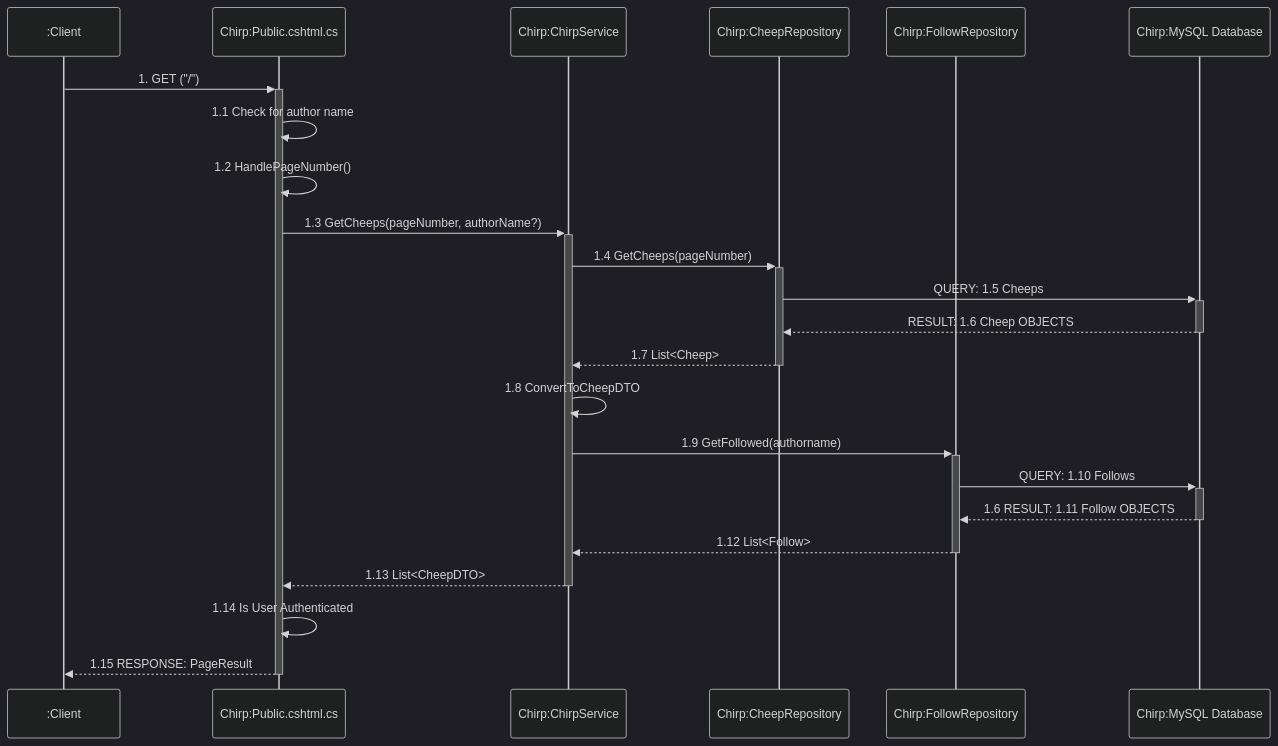
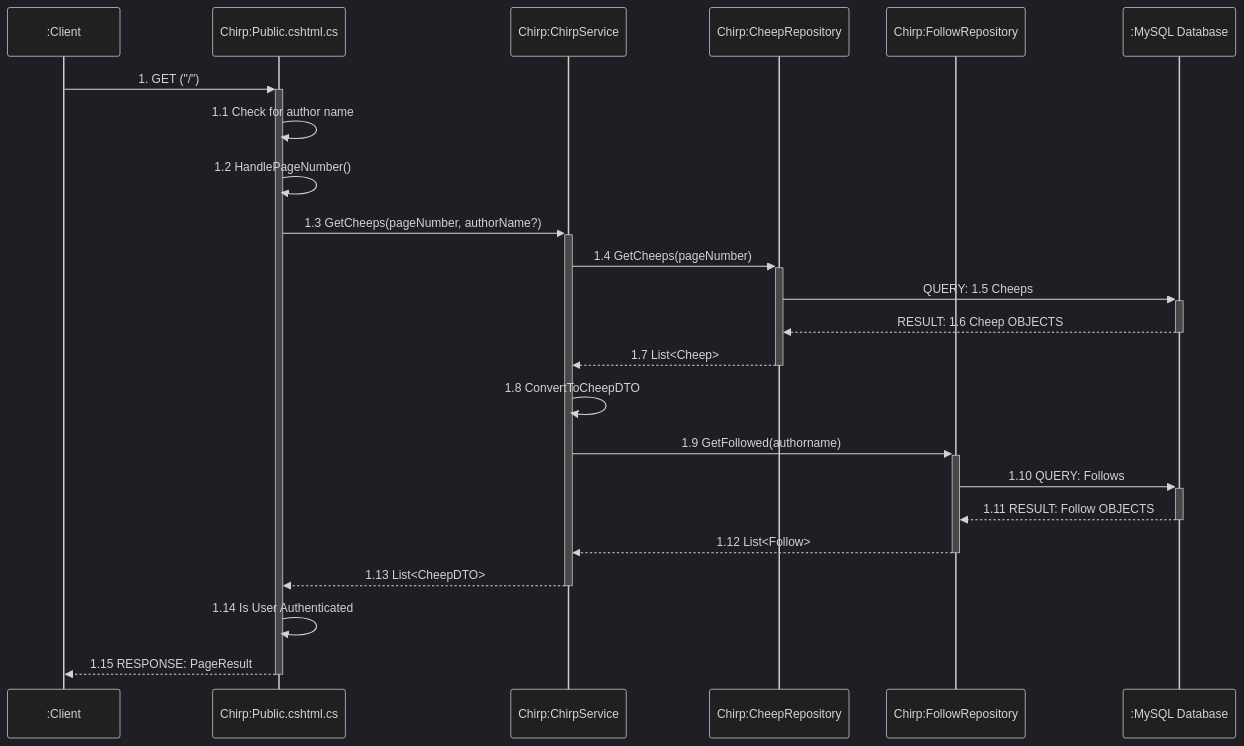
One commit to ITU-BDSA2024-GROUP15/Chirp changed the first of 2 diagrams in docs/report.md. Above: the diagram before and after it, drawn with Mermaid (dark theme).

Commit message:
Updated sequence diagram

`````diff
--- a/docs/report.md
+++ b/docs/report.md
@@ -26,28 +26,29 @@
 ````mermaid
 sequenceDiagram
   participant Client as :Client
   participant Chirp as Chirp:Public.cshtml.cs
   participant ChirpService as Chirp:ChirpService
   participant cheepRepo as Chirp:CheepRepository
   participant followRepo as Chirp:FollowRepository
-  participant db as Chirp:MySQL Database
+  participant db as :MySQL Database
 
 
 
   Client ->>+ Chirp: 1. GET ("/")
   Chirp ->> Chirp: 1.1 Check for author name
   Chirp ->> Chirp: 1.2 HandlePageNumber()
   Chirp ->>+ ChirpService: 1.3 GetCheeps(pageNumber, authorName?)
   ChirpService->>+cheepRepo: 1.4 GetCheeps(pageNumber)
   cheepRepo->>+db: QUERY: 1.5 Cheeps
   db-->>-cheepRepo: RESULT: 1.6 Cheep OBJECTS
   cheepRepo-->>-ChirpService: 1.7 List<Cheep>
   ChirpService ->> ChirpService: 1.8 ConvertToCheepDTO
   ChirpService->>+followRepo: 1.9 GetFollowed(authorname)
-  followRepo->>+db: QUERY: 1.10 Follows
-  db -->>- followRepo: 1.6 RESULT: 1.11 Follow OBJECTS
+  followRepo->>+db: 1.10 QUERY: Follows
+  db -->>- followRepo: 1.11 RESULT: Follow OBJECTS
   followRepo -->>-ChirpService: 1.12 List<Follow>
   ChirpService -->>- Chirp: 1.13 List<CheepDTO>
   Chirp ->> Chirp: 1.14 Is User Authenticated
   Chirp -->>- Client: 1.15 RESPONSE: PageResult
+
 ````
`````
